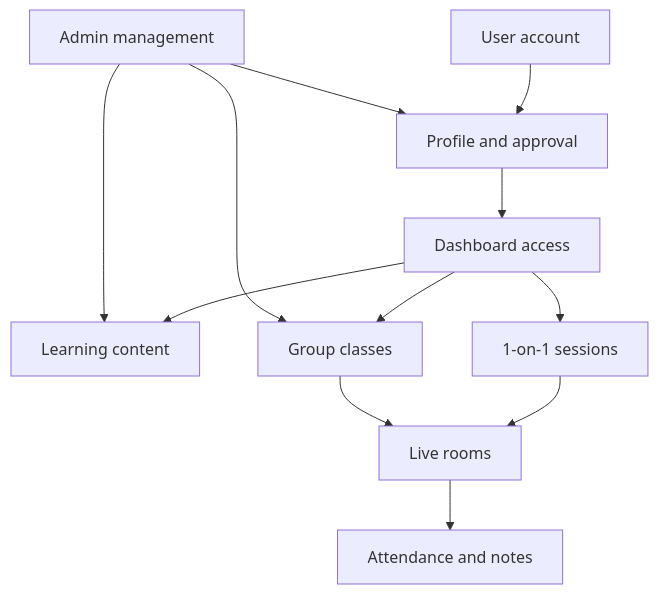
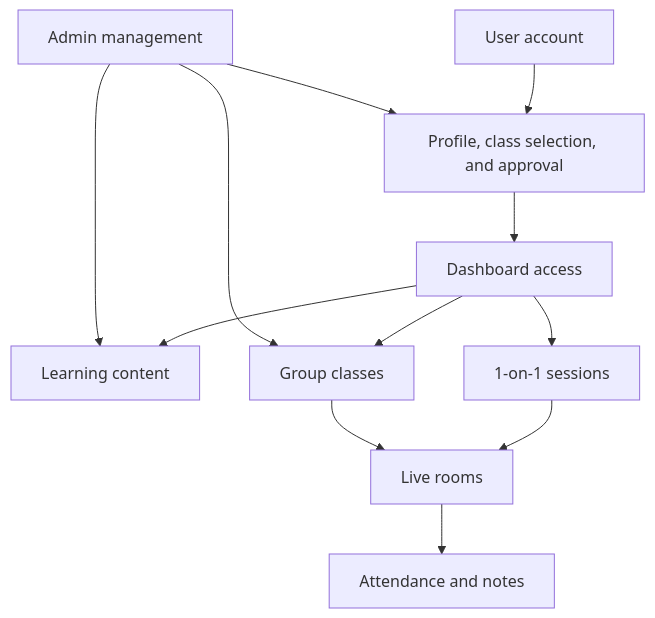
The seventh of 7 diagrams in docs/system-overview.md (Miryldeleon/Kora-Thryve-Co), drawn with Mermaid before and after one commit. The commit also changed other lines of this file and 25 other files, not shown here.

````diff
--- a/docs/system-overview.md
+++ b/docs/system-overview.md
@@ -660,24 +692,24 @@
 ```mermaid
 flowchart TD
   A[User account]
-  B[Profile and approval]
+  B[Profile, class selection, and approval]
   C[Dashboard access]
   D[Learning content]
   E[1-on-1 sessions]
   F[Group classes]
   G[Live rooms]
   H[Attendance and notes]
   I[Admin management]
 
   A --> B
   B --> C
   C --> D
   C --> E
   C --> F
   E --> G
   F --> G
   G --> H
   I --> B
   I --> D
   I --> F
 ```
````
